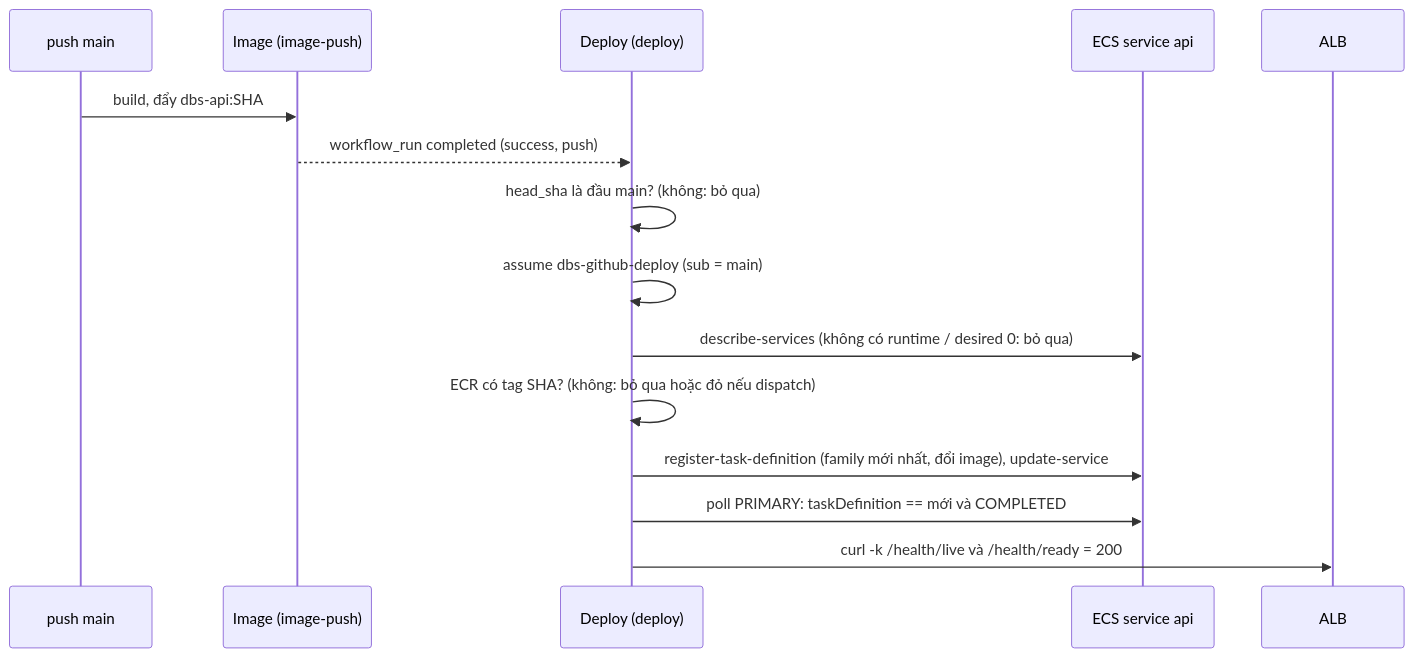
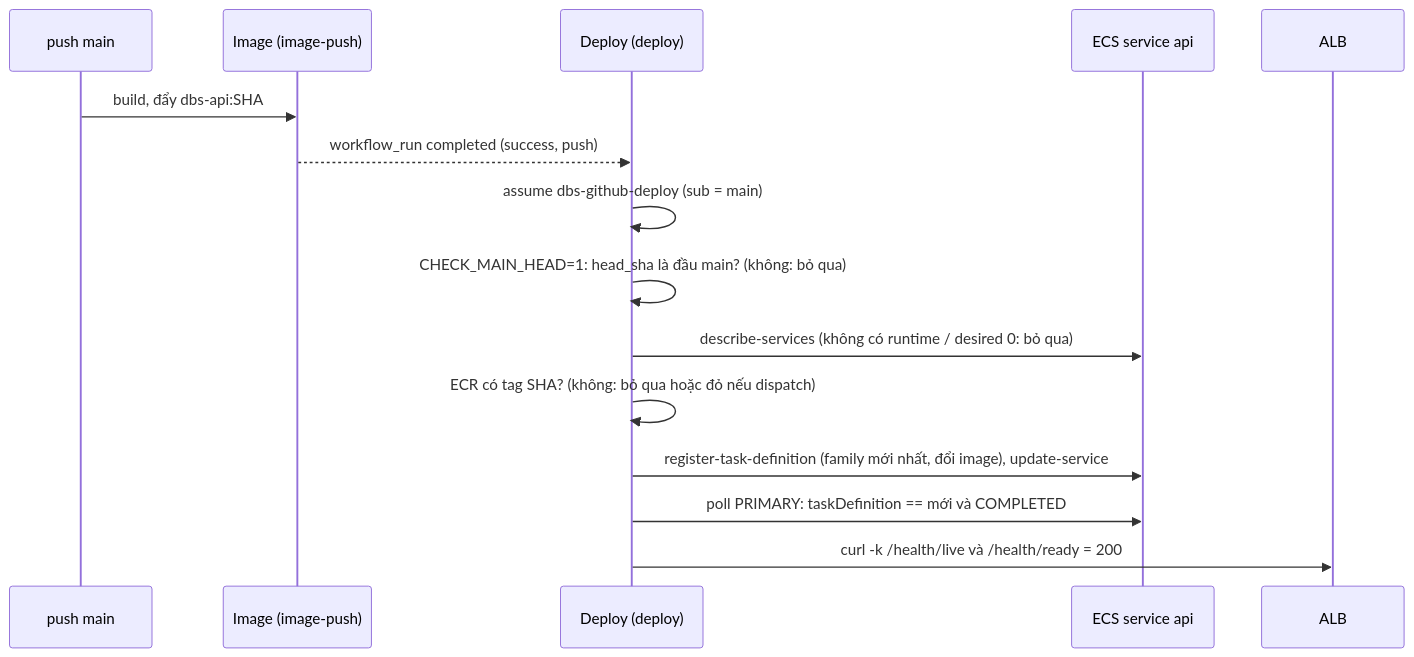
Before and after one commit to Lawliet119/digital-banking-simulator: the diagram in docs/features/DBS-38-auto-deploy-ecs.md, drawn with Mermaid. The commit also changed other lines of this file and 1 other file, not shown here.

````diff
--- a/docs/features/DBS-38-auto-deploy-ecs.md
+++ b/docs/features/DBS-38-auto-deploy-ecs.md
@@ -67,17 +67,17 @@
 ```mermaid
 sequenceDiagram
   participant M as push main
   participant I as Image (image-push)
   participant D as Deploy (deploy)
   participant ECS as ECS service api
   participant ALB as ALB
   M->>I: build, đẩy dbs-api:SHA
   I-->>D: workflow_run completed (success, push)
-  D->>D: head_sha là đầu main? (không: bỏ qua)
   D->>D: assume dbs-github-deploy (sub = main)
+  D->>D: CHECK_MAIN_HEAD=1: head_sha là đầu main? (không: bỏ qua)
   D->>ECS: describe-services (không có runtime / desired 0: bỏ qua)
   D->>D: ECR có tag SHA? (không: bỏ qua hoặc đỏ nếu dispatch)
   D->>ECS: register-task-definition (family mới nhất, đổi image), update-service
   D->>ECS: poll PRIMARY: taskDefinition == mới và COMPLETED
   D->>ALB: curl -k /health/live và /health/ready = 200
 ```
````
